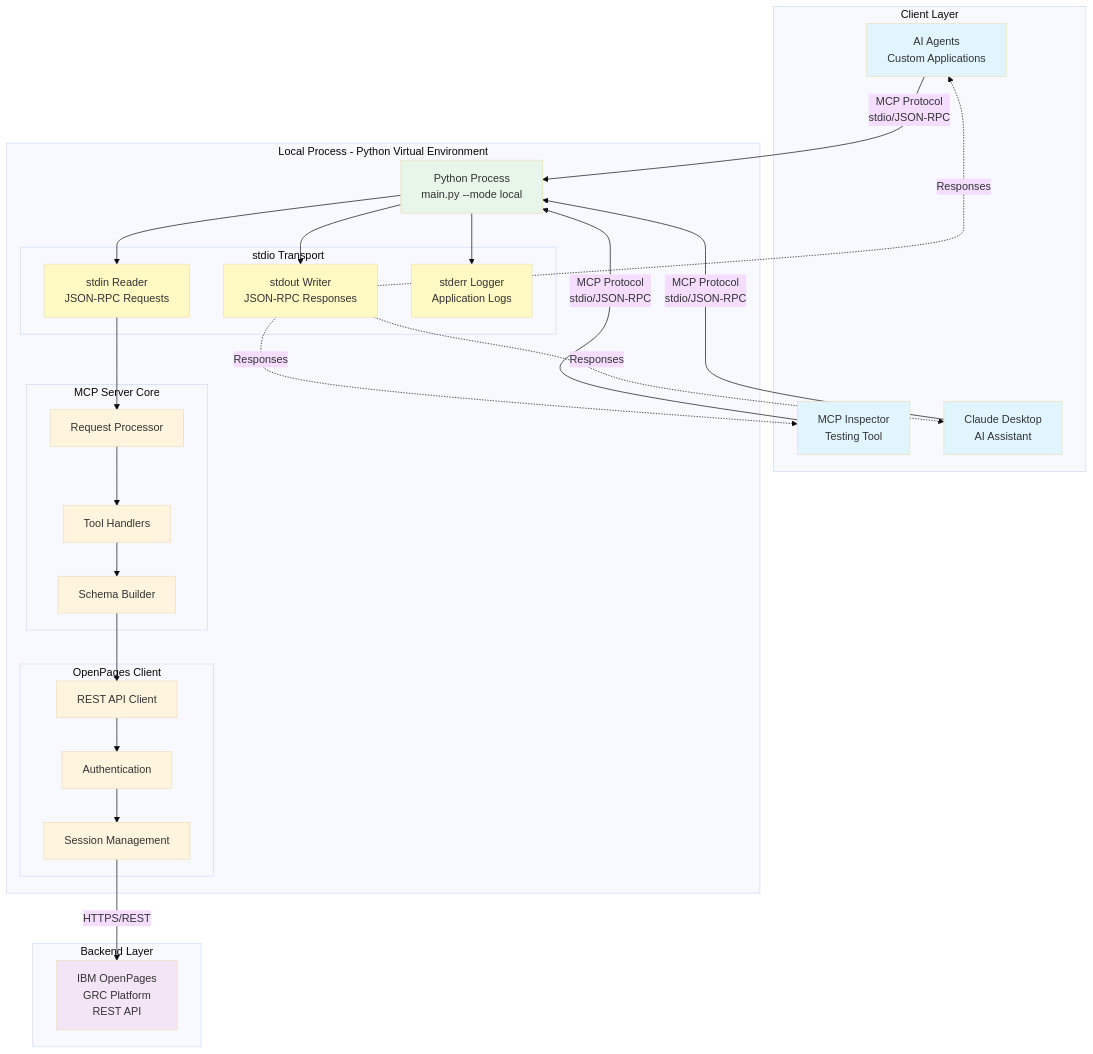
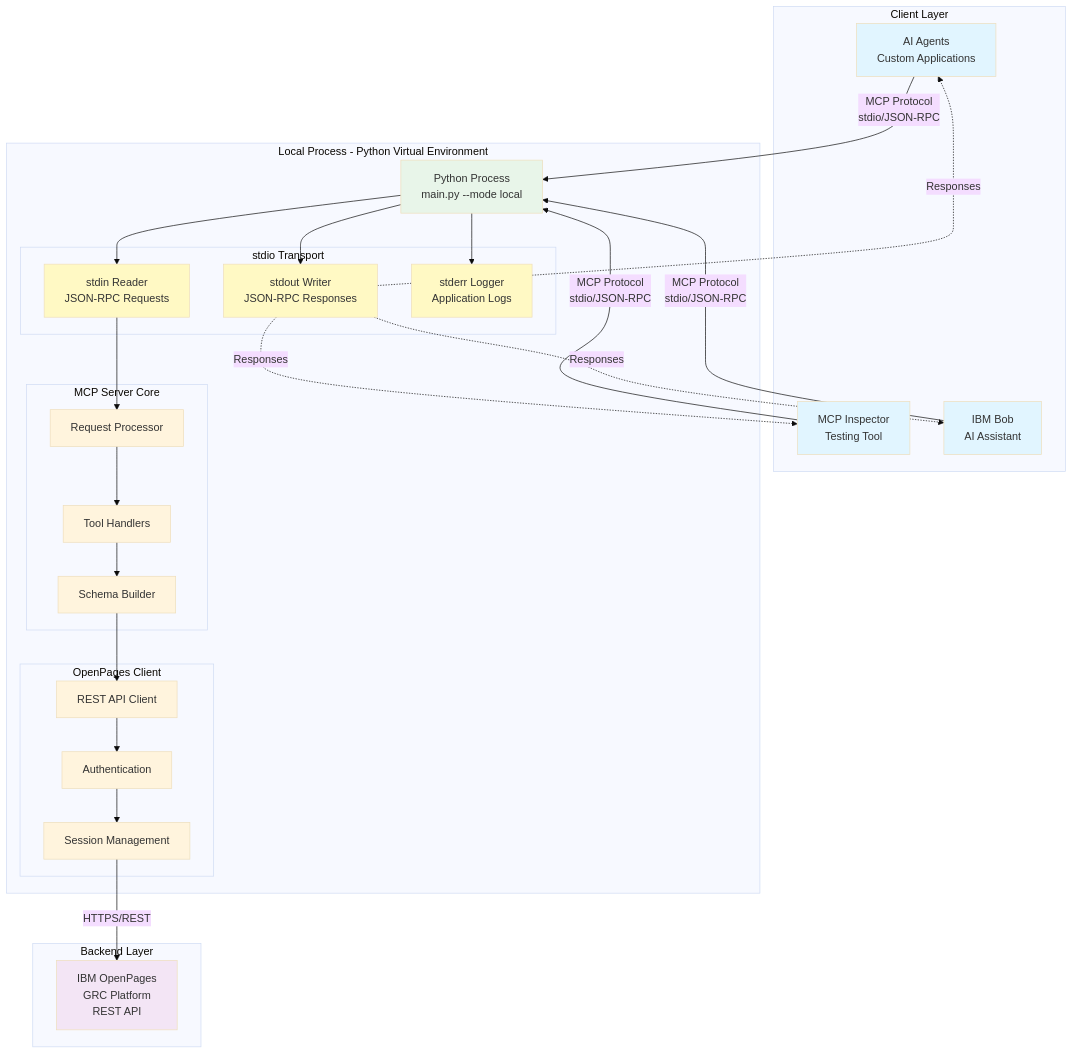
The diagram in docs/diagrams/local-mode-architecture.mmd (IBM/ibm-openpages-mcp-server), drawn with Mermaid (base theme) before and after one commit. The commit also changed 13 other files, not shown here.

```diff
--- a/docs/diagrams/local-mode-architecture.mmd
+++ b/docs/diagrams/local-mode-architecture.mmd
@@ -1,65 +1,65 @@
 %% OpenPages MCP Server - Local Mode Architecture
 %% This is a Mermaid diagram that can be rendered in GitHub, VS Code, or online tools
 
 graph TB
     subgraph "Client Layer"
         A1[AI Agents<br/>Custom Applications]
         A2[MCP Inspector<br/>Testing Tool]
-        A3[Claude Desktop<br/>AI Assistant]
+        A3[IBM Bob<br/>AI Assistant]
     end
     
     subgraph "Local Process - Python Virtual Environment"
         B[Python Process<br/>main.py --mode local]
         
         subgraph "stdio Transport"
             C1[stdin Reader<br/>JSON-RPC Requests]
             C2[stdout Writer<br/>JSON-RPC Responses]
             C3[stderr Logger<br/>Application Logs]
         end
         
         subgraph "MCP Server Core"
             D1[Request Processor]
             D2[Tool Handlers]
             D3[Schema Builder]
         end
         
         subgraph "OpenPages Client"
             E1[REST API Client]
             E2[Authentication]
             E3[Session Management]
         end
     end
     
     subgraph "Backend Layer"
         F[IBM OpenPages<br/>GRC Platform<br/>REST API]
     end
     
     A1 -->|MCP Protocol<br/>stdio/JSON-RPC| B
     A2 -->|MCP Protocol<br/>stdio/JSON-RPC| B
     A3 -->|MCP Protocol<br/>stdio/JSON-RPC| B
     
     B --> C1
     B --> C2
     B --> C3
     
     C1 --> D1
     D1 --> D2
     D2 --> D3
     D3 --> E1
     
     E1 --> E2
     E2 --> E3
     E3 -->|HTTPS/REST| F
     
     C2 -.->|Responses| A1
     C2 -.->|Responses| A2
     C2 -.->|Responses| A3
     
     style A1 fill:#e1f5ff
     style A2 fill:#e1f5ff
     style A3 fill:#e1f5ff
     style B fill:#e8f5e9
     style C1 fill:#fff9c4
     style C2 fill:#fff9c4
     style C3 fill:#fff9c4
     style F fill:#f3e5f5
```
